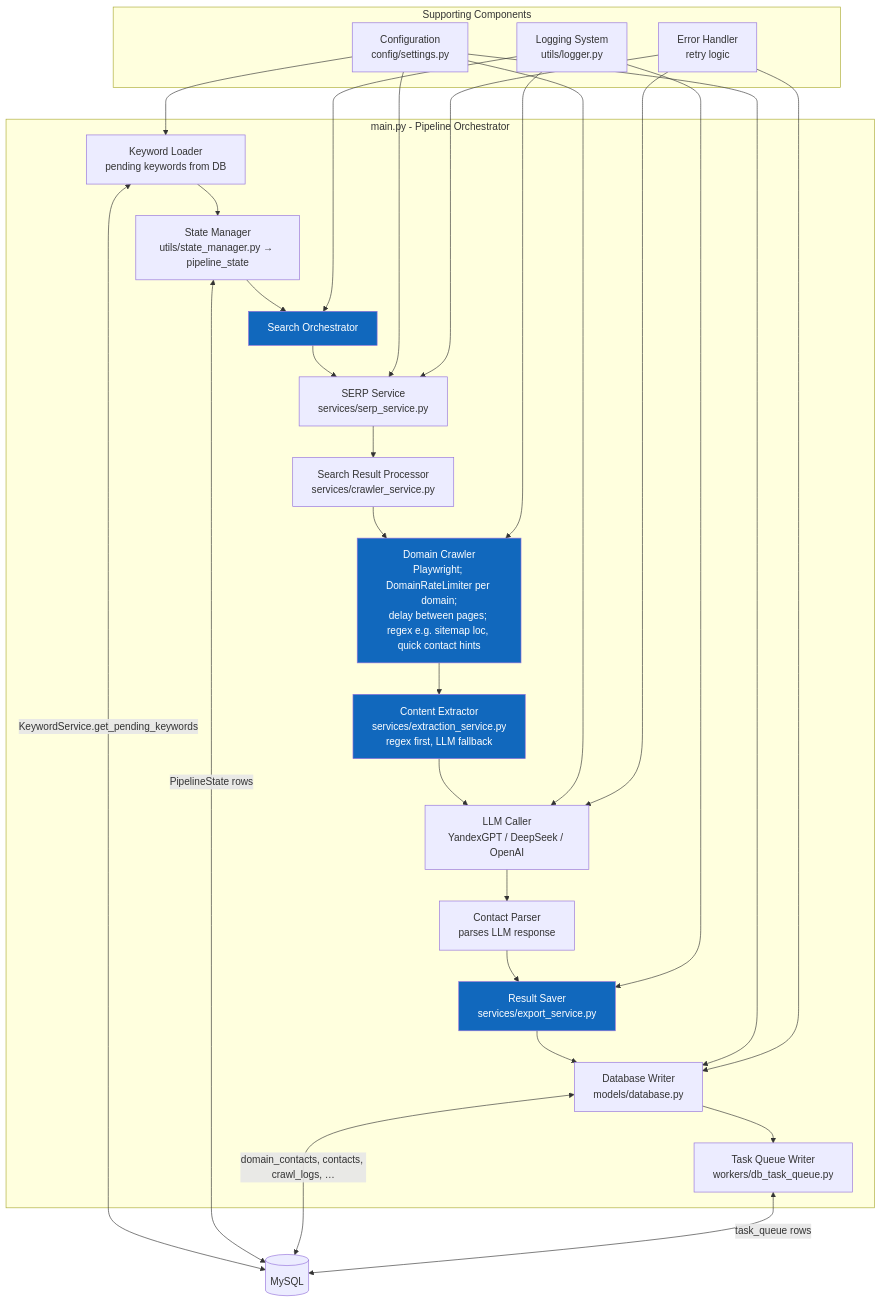
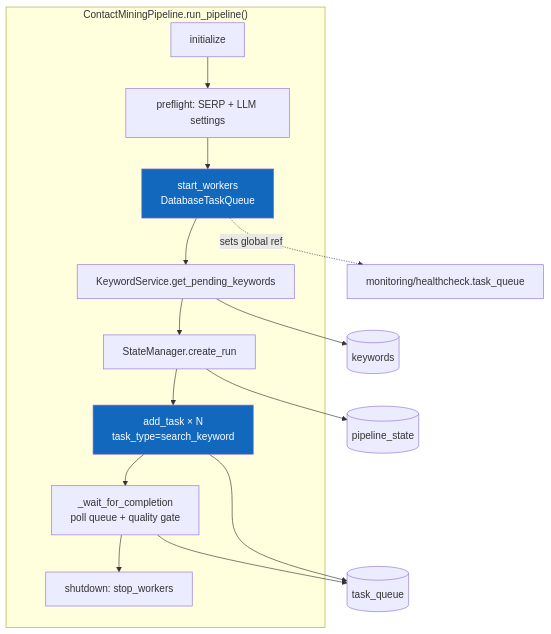
Before and after one commit to hauptmann1971/b2b-contact-miner: the third of 8 diagrams in doc/C4_ARCHITECTURE.md, drawn with Mermaid. The commit also changed other lines of this file, not shown here.

First line of the commit message:
Rewrite C4 diagrams to match DB task queue architecture.

````diff
--- a/doc/C4_ARCHITECTURE.md
+++ b/doc/C4_ARCHITECTURE.md
@@ -86,51 +109,26 @@
 ```mermaid
-graph TB
-    subgraph "main.py - Pipeline Orchestrator"
-        KeywordLoader[Keyword Loader<br/>pending keywords from DB] --> StateManager[State Manager<br/>utils/state_manager.py → pipeline_state]
-        StateManager --> SearchOrchestrator[Search Orchestrator]
-        
-        SearchOrchestrator --> SERPGetter[SERP Service<br/>services/serp_service.py]
-        SERPGetter --> SearchResultProcessor[Search Result Processor<br/>services/crawler_service.py]
-        
-        SearchResultProcessor --> DomainCrawler[Domain Crawler<br/>Playwright; DomainRateLimiter per domain;<br/>delay between pages; regex e.g. sitemap loc, quick contact hints]
-        DomainCrawler --> ContentExtractor[Content Extractor<br/>services/extraction_service.py<br/>regex first, LLM fallback]
-        
-        ContentExtractor --> LLMCaller[LLM Caller<br/>YandexGPT / DeepSeek / OpenAI]
-        LLMCaller --> ContactParser[Contact Parser<br/>parses LLM response]
-        
-        ContactParser --> ResultSaver[Result Saver<br/>services/export_service.py]
-        ResultSaver --> DBWriter[Database Writer<br/>models/database.py]
-        
-        DBWriter --> TaskQueueWriter[Task Queue Writer<br/>workers/db_task_queue.py]
+flowchart TB
+    subgraph Run["ContactMiningPipeline.run_pipeline()"]
+        Init[initialize]
+        Preflight[preflight: SERP + LLM settings]
+        StartQ[start_workers<br/>DatabaseTaskQueue]
+        LoadKW[KeywordService.get_pending_keywords]
+        CreateRun[StateManager.create_run]
+        Enqueue[add_task × N<br/>task_type=search_keyword]
+        Wait[_wait_for_completion<br/>poll queue + quality gate]
+        Shutdown[shutdown: stop_workers]
     end
-    
-    MySQL[(MySQL)]
-    KeywordLoader <-->|KeywordService.get_pending_keywords| MySQL
-    StateManager <-->|PipelineState rows| MySQL
-    DBWriter <-->|domain_contacts, contacts, crawl_logs, …| MySQL
-    TaskQueueWriter <-->|task_queue rows| MySQL
-    
-    subgraph "Supporting Components"
-        Config[Configuration<br/>config/settings.py]
-        Logger[Logging System<br/>utils/logger.py]
-        ErrorHandler[Error Handler<br/>retry logic]
-    end
-    
-    Config --> KeywordLoader
-    Config --> SERPGetter
-    Config --> LLMCaller
-    Config --> DBWriter
-    
-    Logger --> SearchOrchestrator
-    Logger --> DomainCrawler
-    Logger --> ResultSaver
-    
-    ErrorHandler --> SERPGetter
-    ErrorHandler --> LLMCaller
-    ErrorHandler --> DBWriter
-    
-    style SearchOrchestrator fill:#1168bd,color:#fff
-    style DomainCrawler fill:#1168bd,color:#fff
-    style ContentExtractor fill:#1168bd,color:#fff
-    style ResultSaver fill:#1168bd,color:#fff
+
+    Init --> Preflight --> StartQ
+    StartQ --> LoadKW --> CreateRun --> Enqueue --> Wait --> Shutdown
+
+    Enqueue --> TQ[(task_queue)]
+    Wait --> TQ
+    LoadKW --> KW[(keywords)]
+    CreateRun --> PS[(pipeline_state)]
+
+    StartQ -.->|sets global ref| HC[monitoring/healthcheck.task_queue]
+
+    style Enqueue fill:#1168bd,color:#fff
+    style StartQ fill:#1168bd,color:#fff
 ```
````
